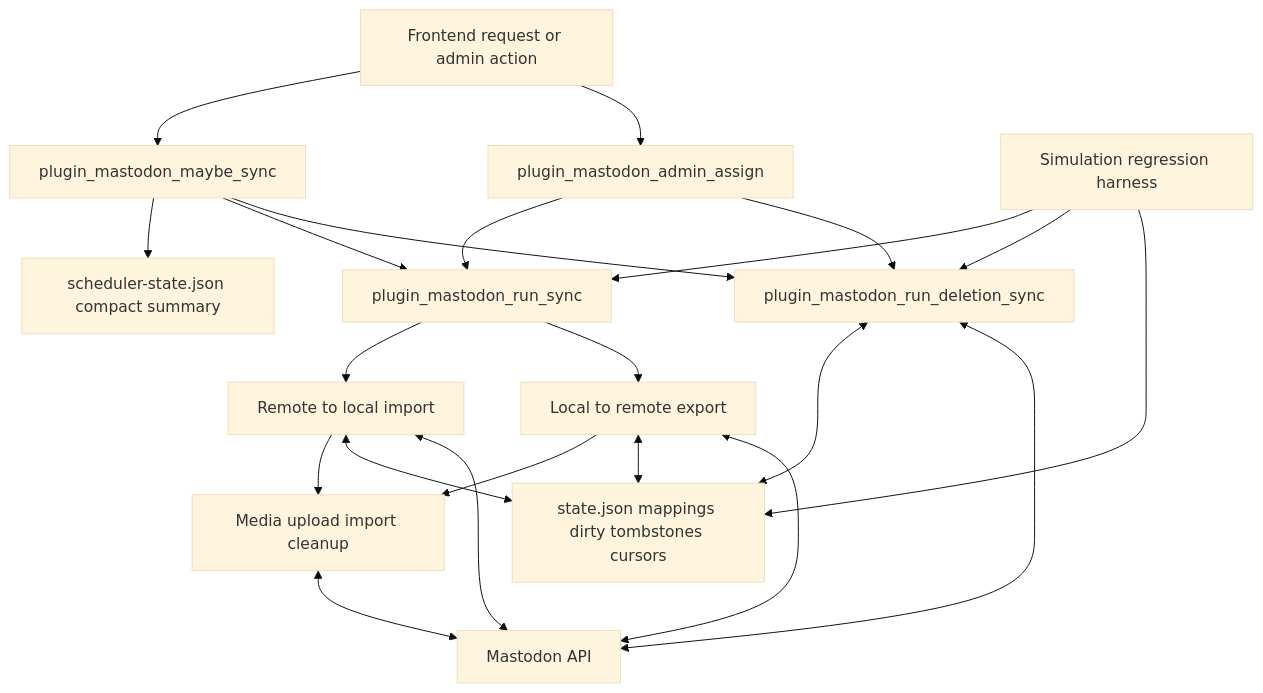
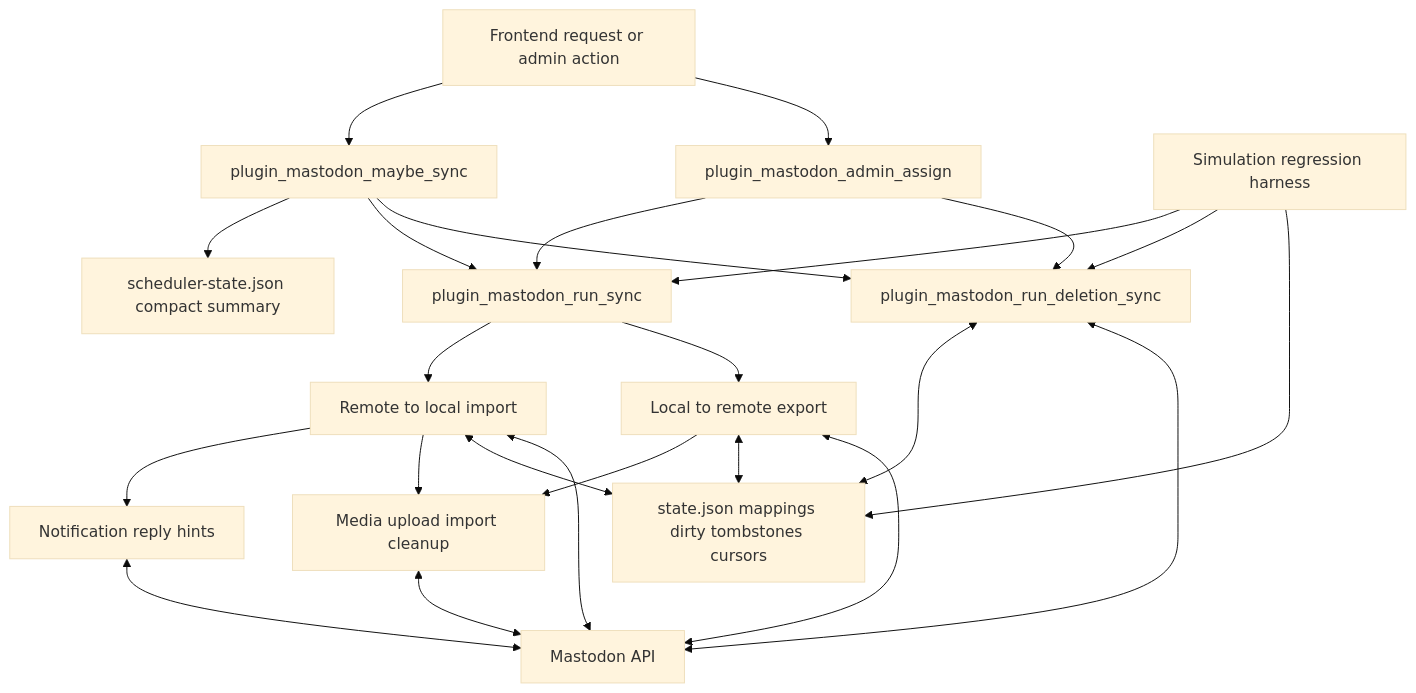
The first of 7 diagrams in fp-plugins/mastodon/developer-docs/01-Process-Map.md (flatpressblog/flatpress), drawn with Mermaid (base theme) before and after one commit. The commit also changed other lines of this file and 25 other files, not shown here.

````diff
--- a/fp-plugins/mastodon/developer-docs/01-Process-Map.md
+++ b/fp-plugins/mastodon/developer-docs/01-Process-Map.md
@@ -5,37 +5,40 @@
 ```mermaid
 flowchart TD
     Request[Frontend request or admin action]
     MaybeSync[plugin_mastodon_maybe_sync]
     Admin[plugin_mastodon_admin_assign]
     RunSync[plugin_mastodon_run_sync]
     RunDelete[plugin_mastodon_run_deletion_sync]
     RemoteLocal[Remote to local import]
+    Notifications[Notification reply hints]
     LocalRemote[Local to remote export]
     Media[Media upload import cleanup]
     State[state.json mappings dirty tombstones cursors]
     Scheduler[scheduler-state.json compact summary]
     API[Mastodon API]
     Tests[Simulation regression harness]
 
     Request --> MaybeSync
     Request --> Admin
     MaybeSync --> Scheduler
     MaybeSync --> RunSync
     MaybeSync --> RunDelete
     Admin --> RunSync
     Admin --> RunDelete
     RunSync --> RemoteLocal
+    RemoteLocal --> Notifications
     RunSync --> LocalRemote
     RemoteLocal --> Media
     LocalRemote --> Media
     RemoteLocal <--> State
     LocalRemote <--> State
     RunDelete <--> State
     Media <--> API
     RemoteLocal <--> API
+    Notifications <--> API
     LocalRemote <--> API
     RunDelete <--> API
     Tests --> RunSync
     Tests --> RunDelete
     Tests --> State
 ```
````
